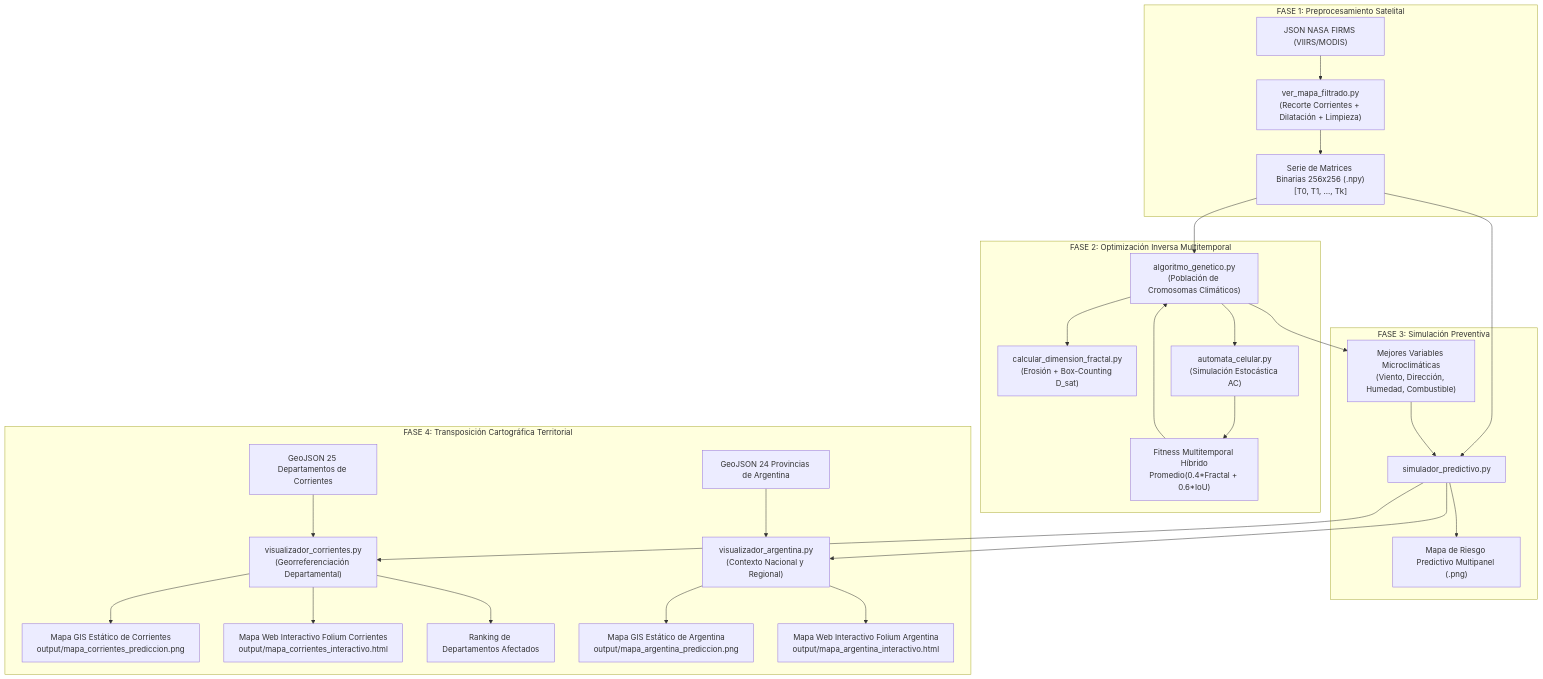
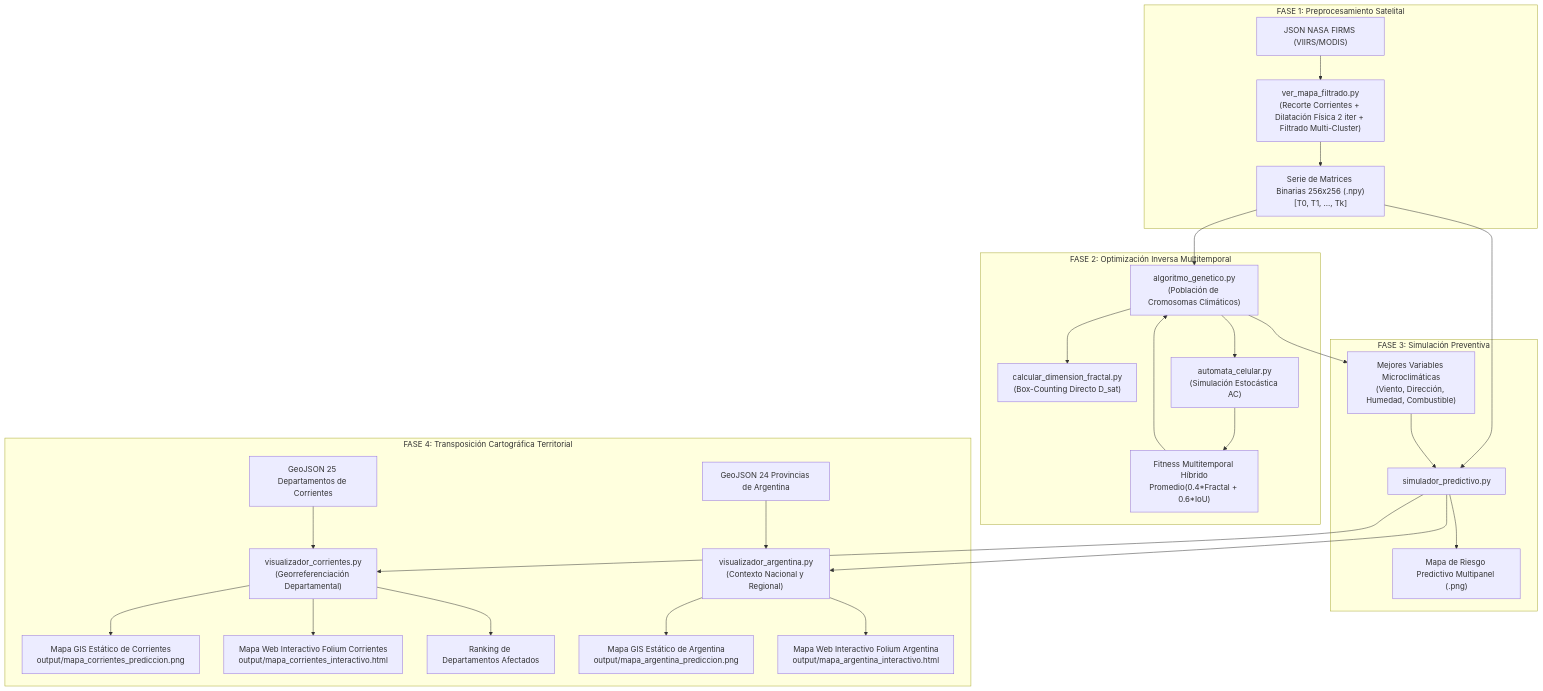
One commit to ConstanFinelli/Incendios-Fractales changed the diagram in docs/DOCUMENTACION_COMPLETA_PROYECTO.md. Above: the diagram before and after it, drawn with Mermaid. The commit also changed other lines of this file and 10 other files, not shown here.

````diff
--- a/docs/DOCUMENTACION_COMPLETA_PROYECTO.md
+++ b/docs/DOCUMENTACION_COMPLETA_PROYECTO.md
@@ -31,35 +31,35 @@
 ```mermaid
 flowchart TD
     subgraph FASE 1: Preprocesamiento Satelital
-        A["JSON NASA FIRMS (VIIRS/MODIS)"] --> B["ver_mapa_filtrado.py\n(Recorte Corrientes + Dilatación + Limpieza)"]
+        A["JSON NASA FIRMS (VIIRS/MODIS)"] --> B["ver_mapa_filtrado.py\n(Recorte Corrientes + Dilatación Física 2 iter + Filtrado Multi-Cluster)"]
         B --> C["Serie de Matrices Binarias 256x256 (.npy)\n[T0, T1, ..., Tk]"]
     end
 
     subgraph FASE 2: Optimización Inversa Multitemporal
         C --> D["algoritmo_genetico.py\n(Población de Cromosomas Climáticos)"]
-        D --> E["calcular_dimension_fractal.py\n(Erosión + Box-Counting D_sat)"]
+        D --> E["calcular_dimension_fractal.py\n(Box-Counting Directo D_sat)"]
         D --> F["automata_celular.py\n(Simulación Estocástica AC)"]
         F --> G["Fitness Multitemporal Híbrido\nPromedio(0.4*Fractal + 0.6*IoU)"]
         G --> D
     end
 
     subgraph FASE 3: Simulación Preventiva
         D --> H["Mejores Variables Microclimáticas\n(Viento, Dirección, Humedad, Combustible)"]
         C --> I["simulador_predictivo.py"]
         H --> I
         I --> J["Mapa de Riesgo Predictivo Multipanel (.png)"]
     end
 
     subgraph FASE 4: Transposición Cartográfica Territorial
         I --> K["visualizador_corrientes.py\n(Georreferenciación Departamental)"]
         L["GeoJSON 25 Departamentos de Corrientes"] --> K
         K --> M["Mapa GIS Estático de Corrientes\noutput/mapa_corrientes_prediccion.png"]
         K --> N["Mapa Web Interactivo Folium Corrientes\noutput/mapa_corrientes_interactivo.html"]
         K --> O["Ranking de Departamentos Afectados"]
 
         I --> P["visualizador_argentina.py\n(Contexto Nacional y Regional)"]
         Q["GeoJSON 24 Provincias de Argentina"] --> P
         P --> R["Mapa GIS Estático de Argentina\noutput/mapa_argentina_prediccion.png"]
         P --> S["Mapa Web Interactivo Folium Argentina\noutput/mapa_argentina_interactivo.html"]
     end
 ```
````
